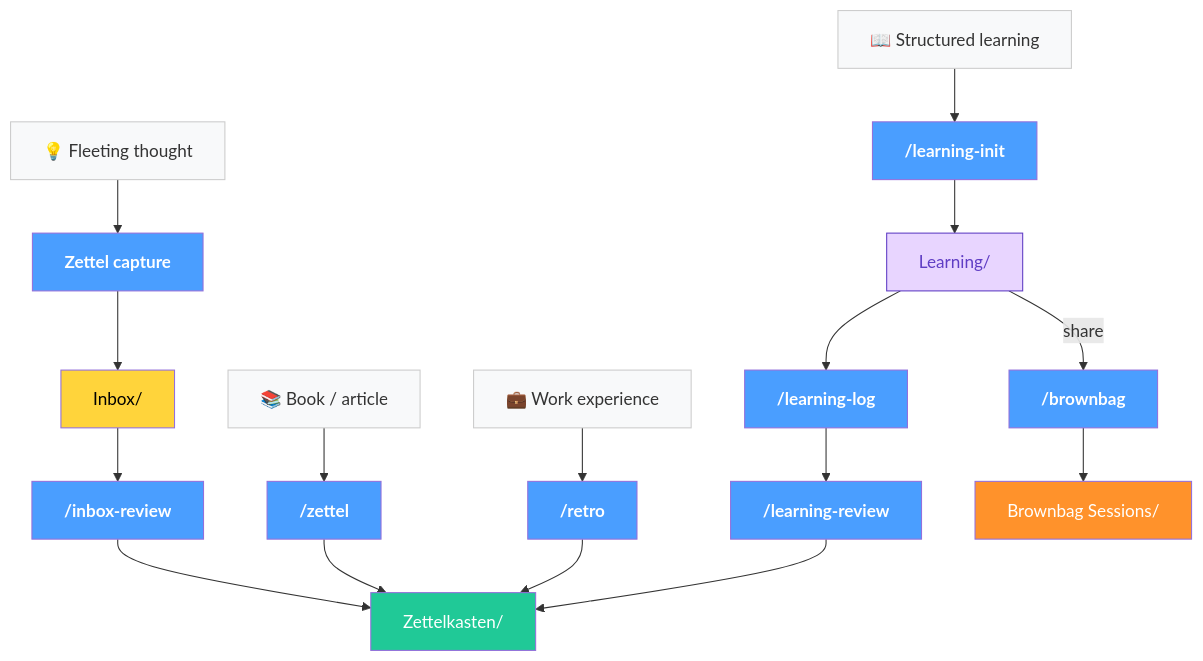
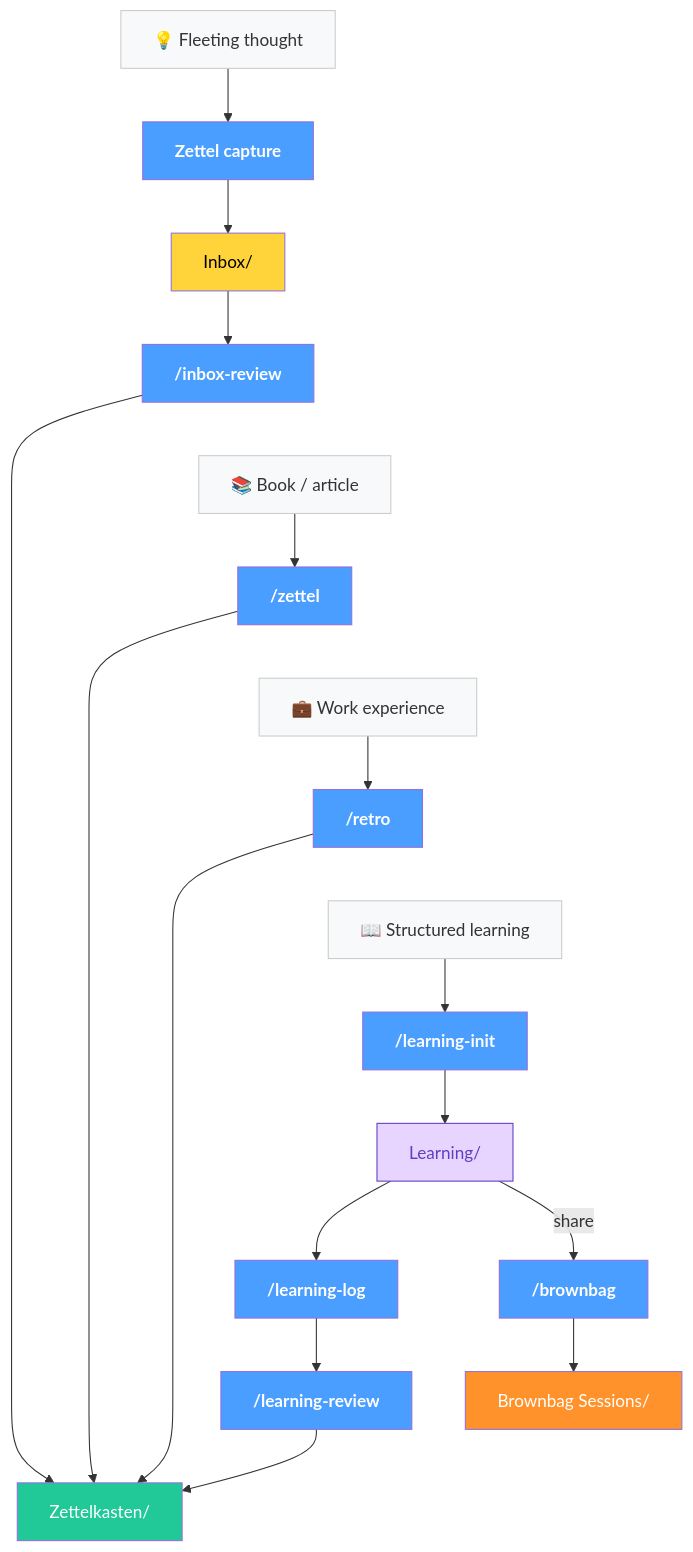
Before and after one commit to yepengfan/obsidian-workflow: the third of 4 diagrams in README.md, drawn with Mermaid.

Commit message:
Force vertical stacking in Knowledge Flow diagram
Use invisible links (~~~) between chains to prevent mermaid
from rendering independent paths side by side.

````diff
--- a/README.md
+++ b/README.md
@@ -106,26 +106,29 @@
 ```mermaid
 flowchart TD
     classDef cmd fill:#4a9eff,color:#fff,font-weight:bold
     classDef store fill:#20c997,color:#fff
     classDef inbox fill:#ffd43b,color:#000
     classDef source fill:#f8f9fa,color:#333,stroke:#ccc
     classDef plan fill:#e8d5ff,color:#5f3dc4,stroke:#5f3dc4
     classDef output fill:#ff922b,color:#fff
 
     THOUGHT["💡 Fleeting thought"]:::source
     THOUGHT --> BTN["Zettel capture"]:::cmd --> INBOX["Inbox/"]:::inbox
     INBOX --> IR["/inbox-review"]:::cmd --> ZK
 
+    IR ~~~ BOOK
     BOOK["📚 Book / article"]:::source
     BOOK --> ZT["/zettel"]:::cmd --> ZK
 
+    ZT ~~~ WORK_EXP
     WORK_EXP["💼 Work experience"]:::source
     WORK_EXP --> RT["/retro"]:::cmd --> ZK
 
+    RT ~~~ COURSE
     COURSE["📖 Structured learning"]:::source
     COURSE --> LI["/learning-init"]:::cmd --> PLAN["Learning/"]:::plan
     PLAN --> LL["/learning-log"]:::cmd --> LR["/learning-review"]:::cmd
     LR --> ZK["Zettelkasten/"]:::store
 
     PLAN -->|share| BB["/brownbag"]:::cmd --> BBS["Brownbag Sessions/"]:::output
 ```
````
